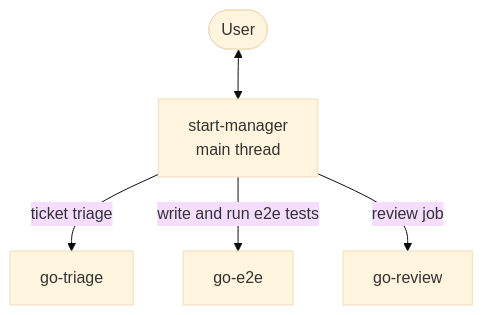
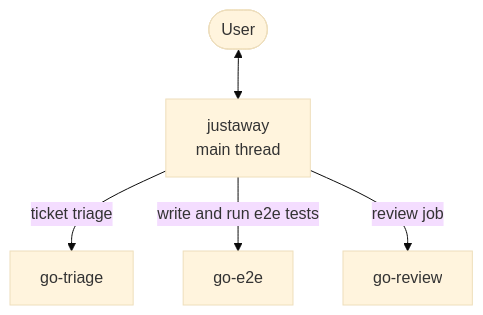
One commit to le0u0/just-do-it changed the first of 3 diagrams in docs/architecture/ARCHITECTURE.md. Above: the diagram before and after it, drawn with Mermaid (base theme). The commit also changed other lines of this file and 21 other files, not shown here.

First line of the commit message:
refactor!: rename start-manager to justaway

````diff
--- a/docs/architecture/ARCHITECTURE.md
+++ b/docs/architecture/ARCHITECTURE.md
@@ -11,7 +11,7 @@
 ```mermaid
 flowchart TD
-    U([User]) <--> M[start-manager<br/>main thread]
+    U([User]) <--> M[justaway<br/>main thread]
     M -->|ticket triage| H[go-triage]
     M -->|write and run e2e tests| E[go-e2e]
     M -->|review job| R[go-review]
 ```
````
